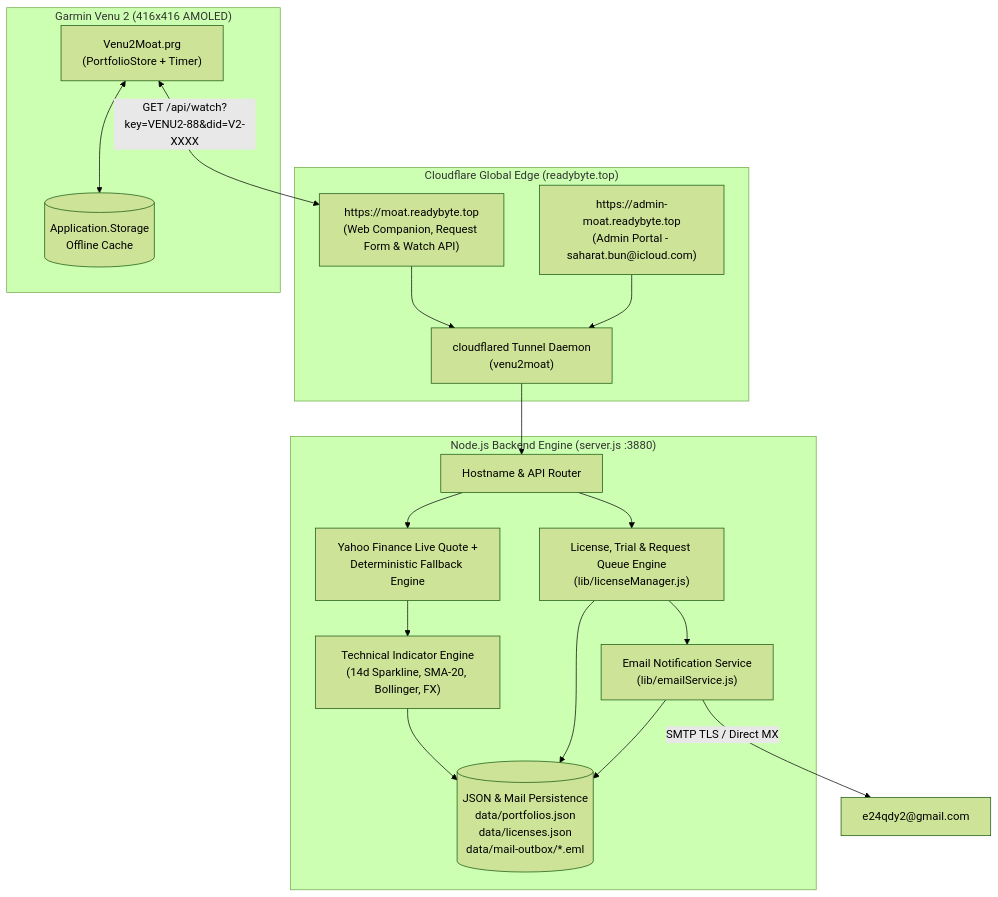
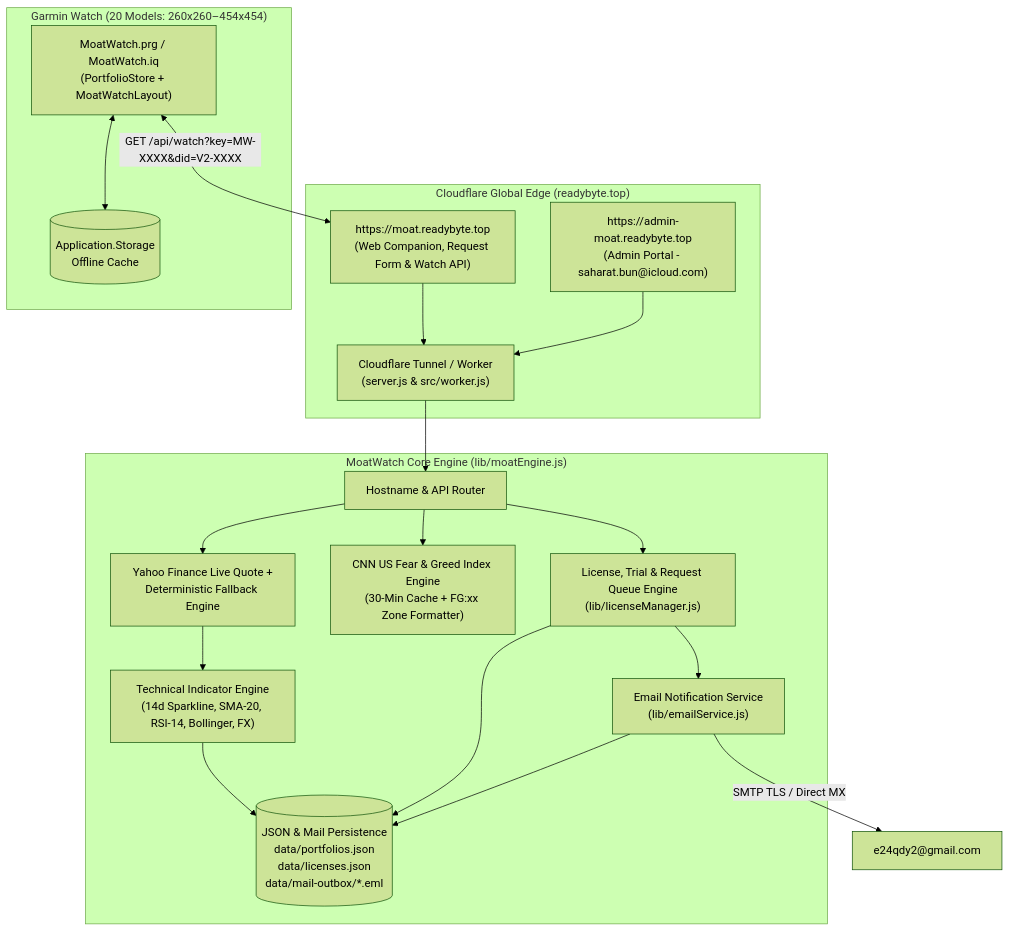
One commit to e24qdy2/garmin-venu2-moat changed the first of 5 diagrams in docs/03-APP-FLOW-AND-LOGIC-FLOW.md. Above: the diagram before and after it, drawn with Mermaid (forest theme). The commit also changed other lines of this file and 46 other files, not shown here.

Commit message:
docs & feat: update MoatWatch GitHub reports, Garmin multi-device UI wording, Daily US Fear & Greed Index (FG:xx), and Connect IQ Store assets

````diff
--- a/docs/03-APP-FLOW-AND-LOGIC-FLOW.md
+++ b/docs/03-APP-FLOW-AND-LOGIC-FLOW.md
@@ -9,36 +9,38 @@
 ```mermaid
 flowchart TD
     subgraph CloudflareEdge["Cloudflare Global Edge (readybyte.top)"]
         CF_Web["https://moat.readybyte.top<br/>(Web Companion, Request Form & Watch API)"]
         CF_Admin["https://admin-moat.readybyte.top<br/>(Admin Portal - saharat.bun@icloud.com)"]
-        CF_Tunnel["cloudflared Tunnel Daemon<br/>(venu2moat)"]
+        CF_Tunnel["Cloudflare Tunnel / Worker<br/>(server.js & src/worker.js)"]
     end
 
-    subgraph BackendServer["Node.js Backend Engine (server.js :3880)"]
+    subgraph BackendServer["MoatWatch Core Engine (lib/moatEngine.js)"]
         Router["Hostname & API Router"]
         MarketEngine["Yahoo Finance Live Quote +<br/>Deterministic Fallback Engine"]
-        TechEngine["Technical Indicator Engine<br/>(14d Sparkline, SMA-20, Bollinger, FX)"]
+        SentimentEngine["CNN US Fear & Greed Index Engine<br/>(30-Min Cache + FG:xx Zone Formatter)"]
+        TechEngine["Technical Indicator Engine<br/>(14d Sparkline, SMA-20, RSI-14, Bollinger, FX)"]
         LicEngine["License, Trial & Request Queue Engine<br/>(lib/licenseManager.js)"]
         MailEngine["Email Notification Service<br/>(lib/emailService.js)"]
         Store[("JSON & Mail Persistence<br/>data/portfolios.json<br/>data/licenses.json<br/>data/mail-outbox/*.eml")]
     end
 
-    subgraph WatchDevice["Garmin Venu 2 (416x416 AMOLED)"]
-        WatchApp["Venu2Moat.prg<br/>(PortfolioStore + Timer)"]
+    subgraph WatchDevice["Garmin Watch (20 Models: 260x260–454x454)"]
+        WatchApp["MoatWatch.prg / MoatWatch.iq<br/>(PortfolioStore + MoatWatchLayout)"]
         WatchStorage[("Application.Storage<br/>Offline Cache")]
     end
 
     CF_Web --> CF_Tunnel
     CF_Admin --> CF_Tunnel
     CF_Tunnel --> Router
     Router --> MarketEngine
+    Router --> SentimentEngine
     MarketEngine --> TechEngine
     Router --> LicEngine
     LicEngine --> MailEngine
     MailEngine -->|"SMTP TLS / Direct MX"| GmailInbox["e24qdy2@gmail.com"]
     TechEngine --> Store
     LicEngine --> Store
     MailEngine --> Store
-    WatchApp <-->|"GET /api/watch?key=VENU2-88&did=V2-XXXX"| CF_Web
+    WatchApp <-->|"GET /api/watch?key=MW-XXXX&did=V2-XXXX"| CF_Web
     WatchApp <--> WatchStorage
 ```
````
